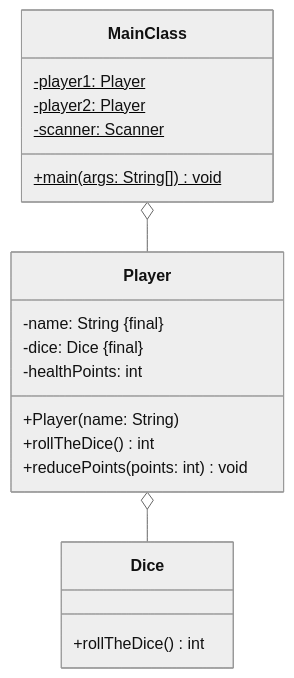
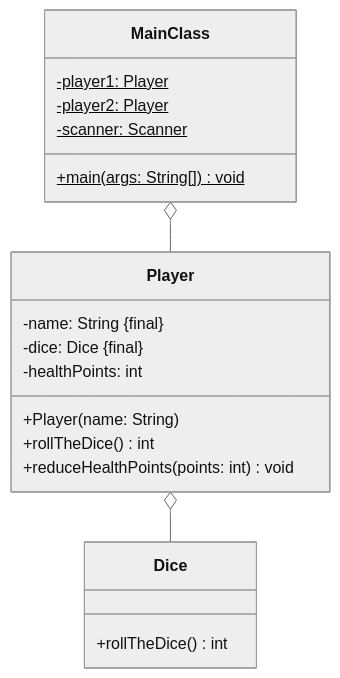
The diagram in docs/exam-exercises/exam-exercises-java1/dice-game-03.md (jappuccini/java-docs), drawn with Mermaid (neutral theme) before and after one commit. The commit also changed 2 other files, not shown here.

````diff
--- a/docs/exam-exercises/exam-exercises-java1/dice-game-03.md
+++ b/docs/exam-exercises/exam-exercises-java1/dice-game-03.md
@@ -12,25 +12,25 @@
 ```mermaid
 classDiagram
     MainClass o-- Player
     Player o-- Dice
 
     class MainClass {
         -player1: Player$
         -player2: Player$
         -scanner: Scanner$
         +main(args: String[]) void$
     }
 
     class Player {
         -name: String &#123final&#125
         -dice: Dice &#123final&#125
         -healthPoints: int
         +Player(name: String)
         +rollTheDice() int
-        +reducePoints(points: int) void
+        +reduceHealthPoints(points: int) void
     }
 
     class Dice {
         +rollTheDice() int
     }
 ```
````
